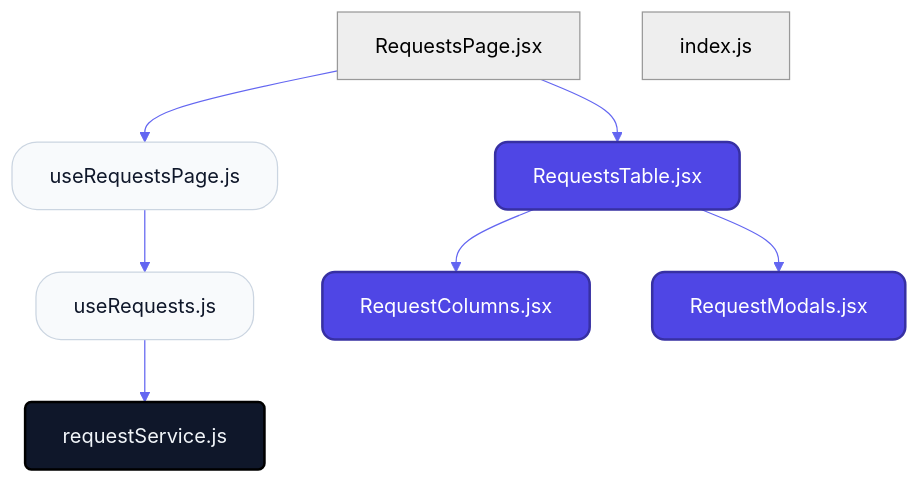
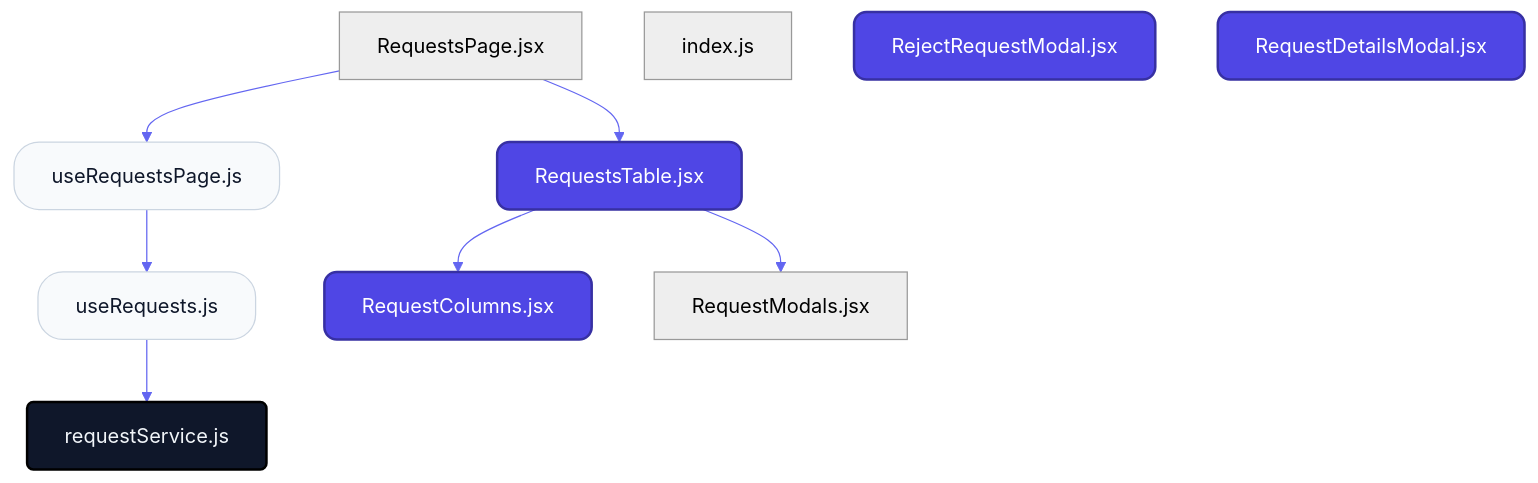
One commit to nexowebai/nexo-superadmin changed the first of 2 diagrams in src/features/requests/README.md. Above: the diagram before and after it, drawn with Mermaid. The commit also changed other lines of this file and 142 other files, not shown here.

````diff
--- a/src/features/requests/README.md
+++ b/src/features/requests/README.md
@@ -12,22 +12,24 @@
 ```mermaid
 %%{init: {'theme': 'neutral', 'themeVariables': { 'fontFamily': 'Inter', 'lineColor': '#6366f1' }}}%%
 graph TD
     classDef page fill:#4f46e5,stroke:#3730a3,stroke-width:2px,color:#fff,rx:10,ry:10;
     classDef hook fill:#f8fafc,stroke:#cbd5e1,stroke-width:1px,color:#0f172a,rx:20,ry:20;
     classDef service fill:#0f172a,stroke:#000,stroke-width:2px,color:#f1f5f9,rx:5,ry:5;
 
     RequestsPagejsx["RequestsPage.jsx"]
     indexjs["index.js"]
     useRequestsjs["useRequests.js"]:::hook
     useRequestsPagejs["useRequestsPage.js"]:::hook
     requestServicejs["requestService.js"]:::service
+    RejectRequestModaljsx["RejectRequestModal.jsx"]:::page
     RequestColumnsjsx["RequestColumns.jsx"]:::page
-    RequestModalsjsx["RequestModals.jsx"]:::page
+    RequestDetailsModaljsx["RequestDetailsModal.jsx"]:::page
+    RequestModalsjsx["RequestModals.jsx"]
     RequestsTablejsx["RequestsTable.jsx"]:::page
     RequestsPagejsx --> RequestsTablejsx
     RequestsPagejsx --> useRequestsPagejs
     useRequestsjs --> requestServicejs
     useRequestsPagejs --> useRequestsjs
     RequestsTablejsx --> RequestColumnsjsx
     RequestsTablejsx --> RequestModalsjsx
 ```
````
